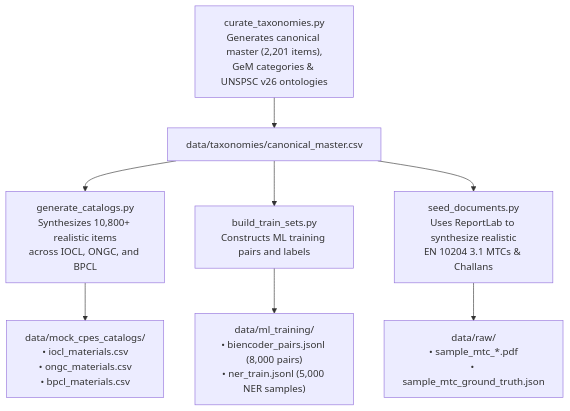
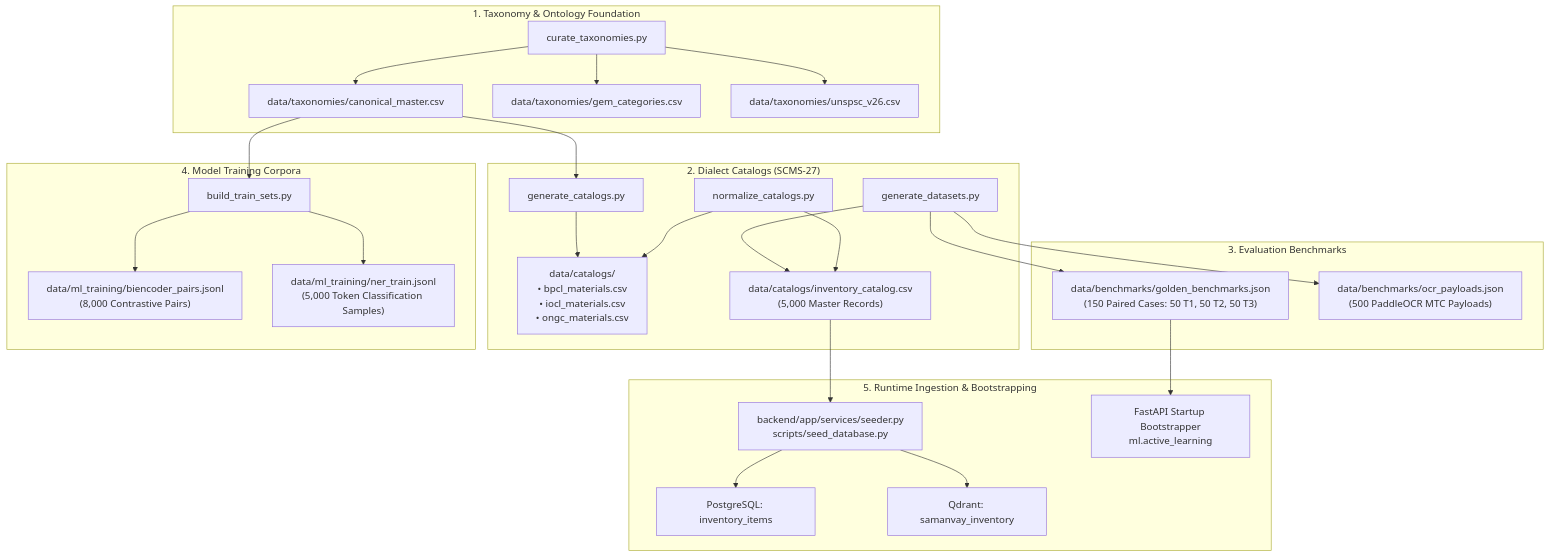
The diagram in data/README.md (Gesicht436/Samanvay-AI), drawn with Mermaid before and after one commit. The commit also changed other lines of this file and 39 other files, not shown here.

First line of the commit message:
refactor(data): consolidate datasets into data and standardize SCMS-27 canonical schema

````diff
--- a/data/README.md
+++ b/data/README.md
@@ -9,13 +103,34 @@
 ```mermaid
 flowchart TD
-    TAX["curate_taxonomies.py<br>Generates canonical master (2,201 items),<br>GeM categories & UNSPSC v26 ontologies"] --> CM["data/taxonomies/canonical_master.csv"]
-    
-    CM --> CAT["generate_catalogs.py<br>Synthesizes 10,800+ realistic items<br>across IOCL, ONGC, and BPCL"]
-    CAT --> CPSE_CSV["data/mock_cpes_catalogs/<br>• iocl_materials.csv<br>• ongc_materials.csv<br>• bpcl_materials.csv"]
+    subgraph Taxonomies["1. Taxonomy & Ontology Foundation"]
+        CT["curate_taxonomies.py"] --> CM["data/taxonomies/canonical_master.csv"]
+        CT --> GEM["data/taxonomies/gem_categories.csv"]
+        CT --> UNS["data/taxonomies/unspsc_v26.csv"]
+    end
 
-    CM --> ML_BUILD["build_train_sets.py<br>Constructs ML training pairs and labels"]
-    ML_BUILD --> TRAIN_DATA["data/ml_training/<br>• biencoder_pairs.jsonl (8,000 pairs)<br>• ner_train.jsonl (5,000 NER samples)"]
+    subgraph Catalogs["2. Dialect Catalogs (SCMS-27)"]
+        CM --> GC["generate_catalogs.py"]
+        GC --> CATS["data/catalogs/<br>• bpcl_materials.csv<br>• iocl_materials.csv<br>• ongc_materials.csv"]
+        GD["generate_datasets.py"] --> IC["data/catalogs/inventory_catalog.csv<br>(5,000 Master Records)"]
+        NC["normalize_catalogs.py"] --> CATS
+        NC --> IC
+    end
 
-    CM --> SEED_DOCS["seed_documents.py<br>Uses ReportLab to synthesize realistic<br>EN 10204 3.1 MTCs & Challans"]
-    SEED_DOCS --> RAW_PDFS["data/raw/<br>• sample_mtc_*.pdf<br>• sample_mtc_ground_truth.json"]
+    subgraph Benchmarks["3. Evaluation Benchmarks"]
+        GD --> GB["data/benchmarks/golden_benchmarks.json<br>(150 Paired Cases: 50 T1, 50 T2, 50 T3)"]
+        GD --> OCR["data/benchmarks/ocr_payloads.json<br>(500 PaddleOCR MTC Payloads)"]
+    end
+
+    subgraph ML_Data["4. Model Training Corpora"]
+        CM --> BT["build_train_sets.py"]
+        BT --> BE["data/ml_training/biencoder_pairs.jsonl<br>(8,000 Contrastive Pairs)"]
+        BT --> NER["data/ml_training/ner_train.jsonl<br>(5,000 Token Classification Samples)"]
+    end
+
+    subgraph Seeding["5. Runtime Ingestion & Bootstrapping"]
+        IC --> SEED_DB["backend/app/services/seeder.py<br>scripts/seed_database.py"]
+        SEED_DB --> PG["PostgreSQL: inventory_items"]
+        SEED_DB --> QD["Qdrant: samanvay_inventory"]
+        GB --> AL_BOOT["FastAPI Startup Bootstrapper<br>ml.active_learning"]
+    end
 ```
````
